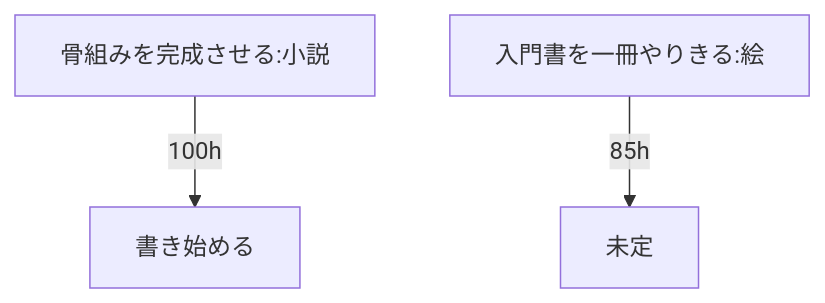
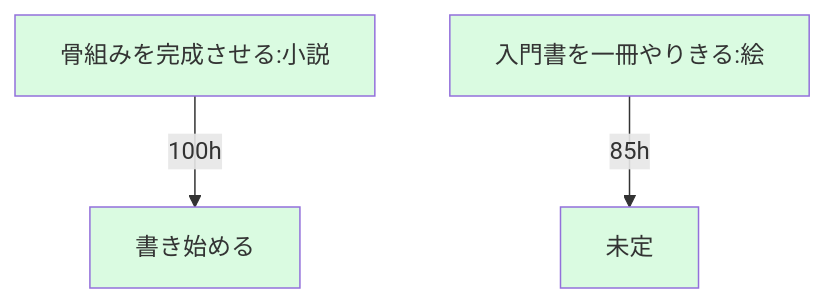
Before and after one commit to Toraneko0101/My_learning: the fourth of 4 diagrams in tools/learning_path.md, drawn with Mermaid. The commit also changed other lines of this file, not shown here.

Commit message:
todo inprogress等で色調整

````diff
--- a/tools/learning_path.md
+++ b/tools/learning_path.md
@@ -71,5 +76,7 @@
 ```mermaid
 graph TD
-骨組みを完成させる:小説 --> |100h| 書き始める
-入門書を一冊やりきる:絵 --> |85h| 未定
+  classDef todo fill:#dafbe1
+  classDef inProgress fill:orange,fill-opacity:0.3
+骨組みを完成させる:小説:::todo --> |100h| 書き始める:::todo
+入門書を一冊やりきる:絵:::todo --> |85h| 未定:::todo
 ```
````
